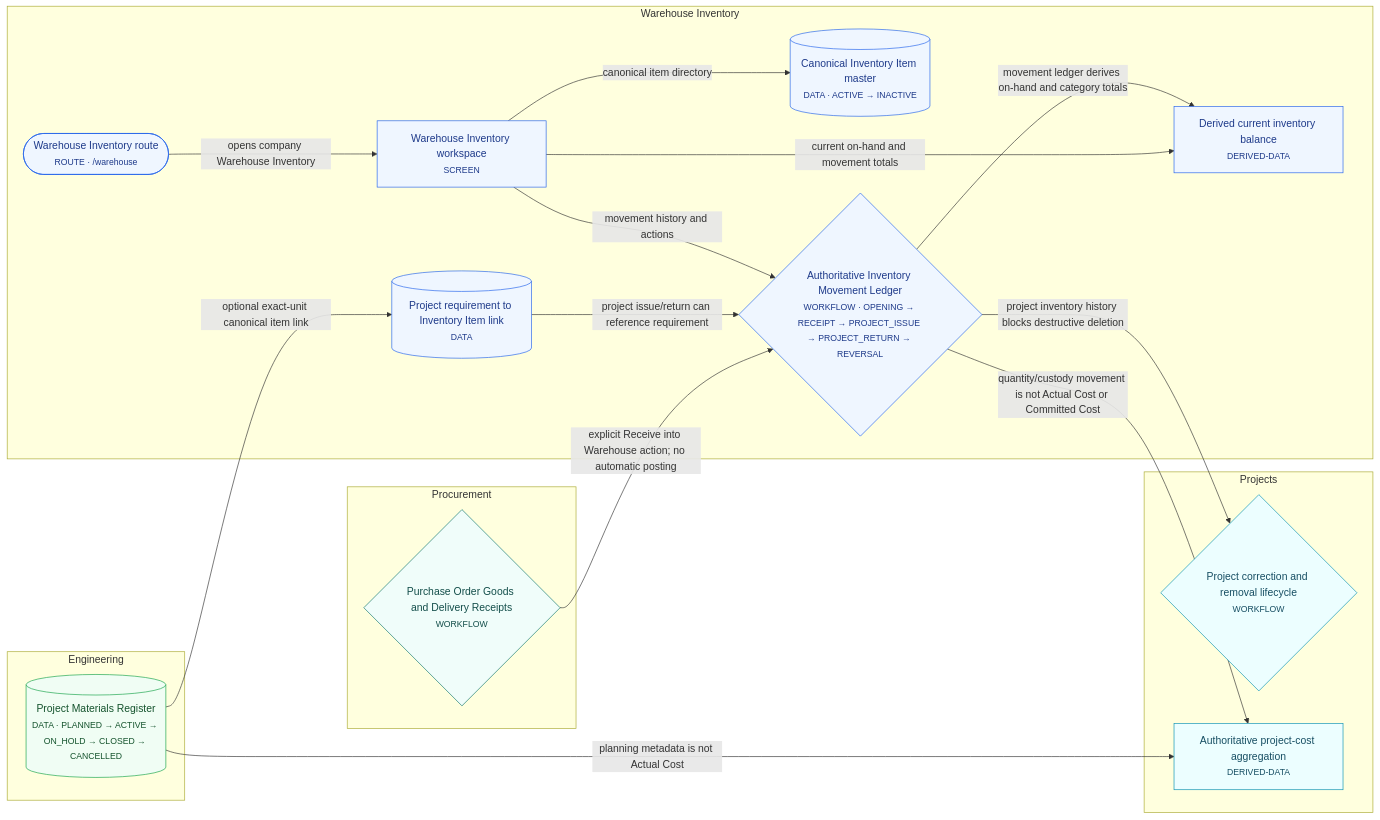
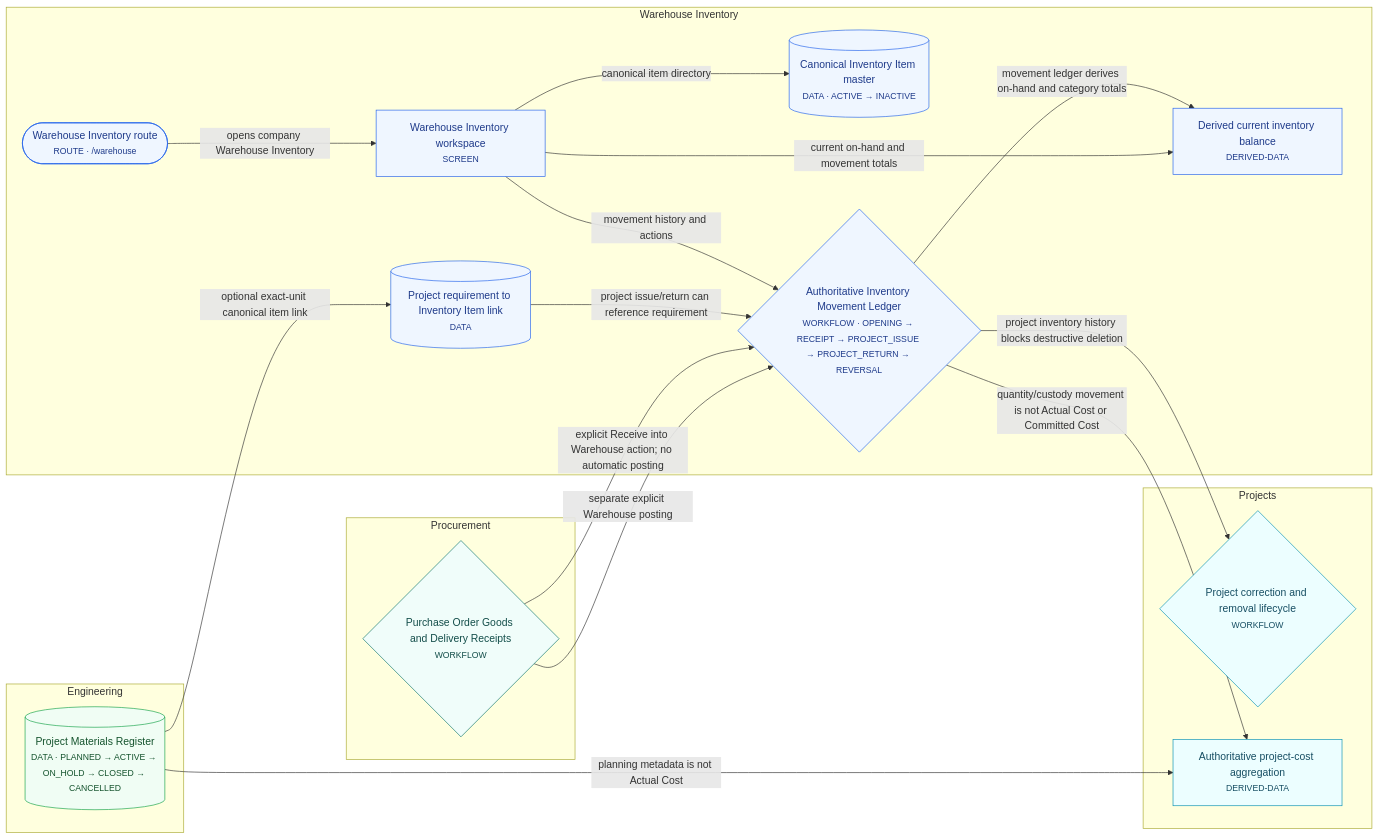
One commit to Juvialski/InvoiceApp changed the second of 9 diagrams in docs/architecture/APP_WORKFLOW_MAP.md. Above: the diagram before and after it, drawn with Mermaid. The commit also changed other lines of this file and 45 other files, not shown here.

````diff
--- a/docs/architecture/APP_WORKFLOW_MAP.md
+++ b/docs/architecture/APP_WORKFLOW_MAP.md
@@ -205,52 +206,53 @@
 ```mermaid
 flowchart LR
   subgraph g_projects["Projects"]
     n_project_correction_lifecycle{"Project correction and removal lifecycle<br/><small>WORKFLOW</small>"}
     n_project_cost_aggregation["Authoritative project-cost aggregation<br/><small>DERIVED-DATA</small>"]
   end
   subgraph g_procurement["Procurement"]
     n_purchase_order_receipts{"Purchase Order Goods and Delivery Receipts<br/><small>WORKFLOW</small>"}
   end
   subgraph g_inventory["Warehouse Inventory"]
     n_route_warehouse_inventory(["Warehouse Inventory route<br/><small>ROUTE · /warehouse</small>"])
     n_warehouse_inventory_workspace["Warehouse Inventory workspace<br/><small>SCREEN</small>"]
     n_inventory_item_master[("Canonical Inventory Item master<br/><small>DATA · ACTIVE → INACTIVE</small>")]
     n_inventory_movement_ledger{"Authoritative Inventory Movement Ledger<br/><small>WORKFLOW · OPENING → RECEIPT → PROJECT_ISSUE → PROJECT_RETURN → REVERSAL</small>"}
     n_inventory_current_balance["Derived current inventory balance<br/><small>DERIVED-DATA</small>"]
     n_project_material_inventory_link[("Project requirement to Inventory Item link<br/><small>DATA</small>")]
   end
   subgraph g_engineering["Engineering"]
     n_project_material_register[("Project Materials Register<br/><small>DATA · PLANNED → ACTIVE → ON_HOLD → CLOSED → CANCELLED</small>")]
   end
   n_route_warehouse_inventory -->|opens company Warehouse Inventory| n_warehouse_inventory_workspace
   n_warehouse_inventory_workspace -->|canonical item directory| n_inventory_item_master
   n_warehouse_inventory_workspace -->|movement history and actions| n_inventory_movement_ledger
   n_inventory_movement_ledger -->|movement ledger derives on-hand and category totals| n_inventory_current_balance
   n_warehouse_inventory_workspace -->|current on-hand and movement totals| n_inventory_current_balance
   n_project_material_register -->|optional exact-unit canonical item link| n_project_material_inventory_link
   n_project_material_inventory_link -->|project issue/return can reference requirement| n_inventory_movement_ledger
   n_purchase_order_receipts -->|explicit Receive into Warehouse action; no automatic posting| n_inventory_movement_ledger
   n_inventory_movement_ledger -->|quantity/custody movement is not Actual Cost or Committed Cost| n_project_cost_aggregation
   n_inventory_movement_ledger -->|project inventory history blocks destructive deletion| n_project_correction_lifecycle
   n_project_material_register -->|planning metadata is not Actual Cost| n_project_cost_aggregation
+  n_purchase_order_receipts -->|separate explicit Warehouse posting| n_inventory_movement_ledger
   classDef platformTenancy fill:#eef2ff,stroke:#4f46e5,color:#1e1b4b;
   classDef dashboard fill:#f1f5f9,stroke:#475569,color:#0f172a;
   classDef projects fill:#ecfeff,stroke:#0891b2,color:#164e63;
   classDef engineering fill:#f0fdf4,stroke:#16a34a,color:#14532d;
   classDef inventory fill:#eff6ff,stroke:#2563eb,color:#1e3a8a;
   classDef finance fill:#fff7ed,stroke:#ea580c,color:#7c2d12;
   classDef workforce fill:#fdf4ff,stroke:#c026d3,color:#701a75;
   classDef reporting fill:#fefce8,stroke:#ca8a04,color:#713f12;
   classDef assistant fill:#fdf2f8,stroke:#db2777,color:#831843;
   classDef procurement fill:#f0fdfa,stroke:#0f766e,color:#134e4a;
   class n_project_correction_lifecycle projects
   class n_project_cost_aggregation projects
   class n_purchase_order_receipts procurement
   class n_route_warehouse_inventory inventory
   class n_warehouse_inventory_workspace inventory
   class n_inventory_item_master inventory
   class n_inventory_movement_ledger inventory
   class n_inventory_current_balance inventory
   class n_project_material_inventory_link inventory
   class n_project_material_register engineering
 ```
````
